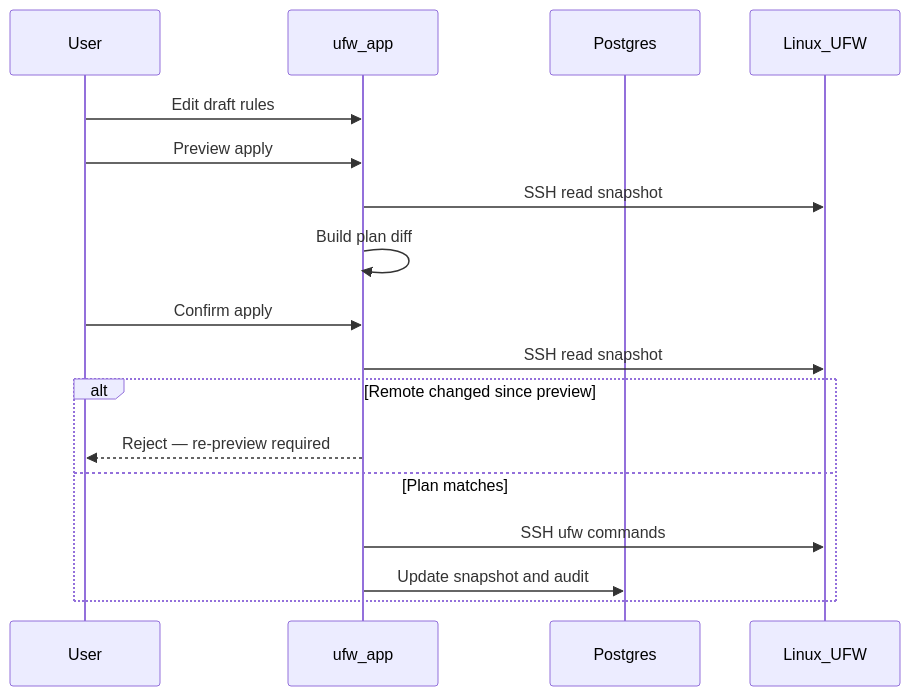
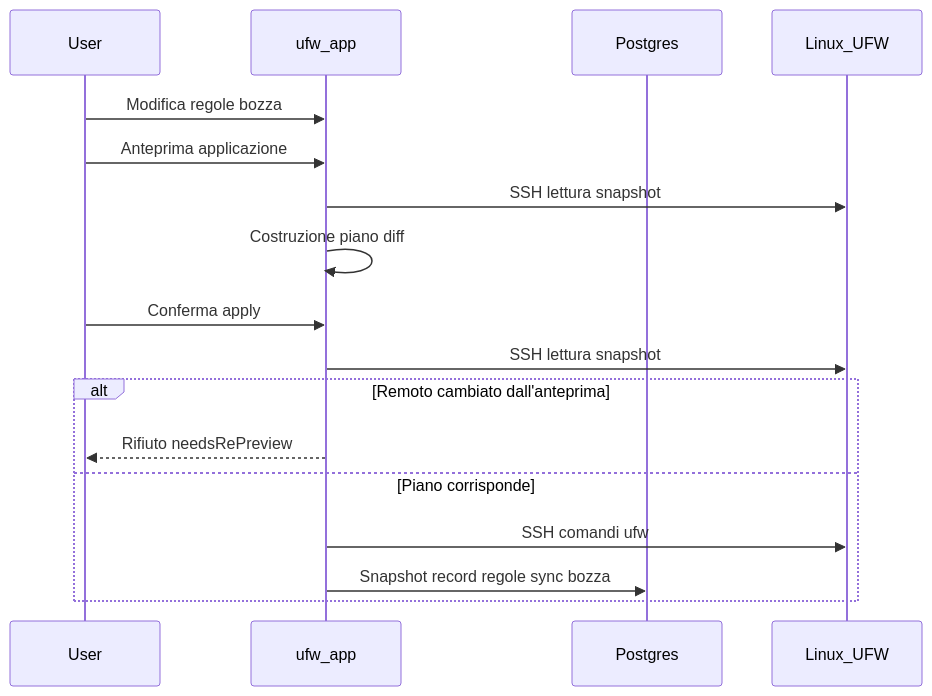
The diagram in docs/it/concepts/draft-apply-workflow.md (finenumbers/ufw), drawn with Mermaid before and after one commit. The commit also changed other lines of this file and 204 other files, not shown here.

````diff
--- a/docs/it/concepts/draft-apply-workflow.md
+++ b/docs/it/concepts/draft-apply-workflow.md
@@ -37,20 +45,20 @@
 ```mermaid
 sequenceDiagram
   participant User
   participant App as ufw_app
   participant DB as Postgres
   participant Remote as Linux_UFW
 
-  User->>App: Edit draft rules
-  User->>App: Preview apply
-  App->>Remote: SSH read snapshot
-  App->>App: Build plan diff
-  User->>App: Confirm apply
-  App->>Remote: SSH read snapshot
-  alt Remote changed since preview
-    App-->>User: Reject — re-preview required
-  else Plan matches
-    App->>Remote: SSH ufw commands
-    App->>DB: Update snapshot and audit
+  User->>App: Modifica regole bozza
+  User->>App: Anteprima applicazione
+  App->>Remote: SSH lettura snapshot
+  App->>App: Costruzione piano diff
+  User->>App: Conferma apply
+  App->>Remote: SSH lettura snapshot
+  alt Remoto cambiato dall'anteprima
+    App-->>User: Rifiuto needsRePreview
+  else Piano corrisponde
+    App->>Remote: SSH comandi ufw
+    App->>DB: Snapshot record regole sync bozza
   end
 ```
````
